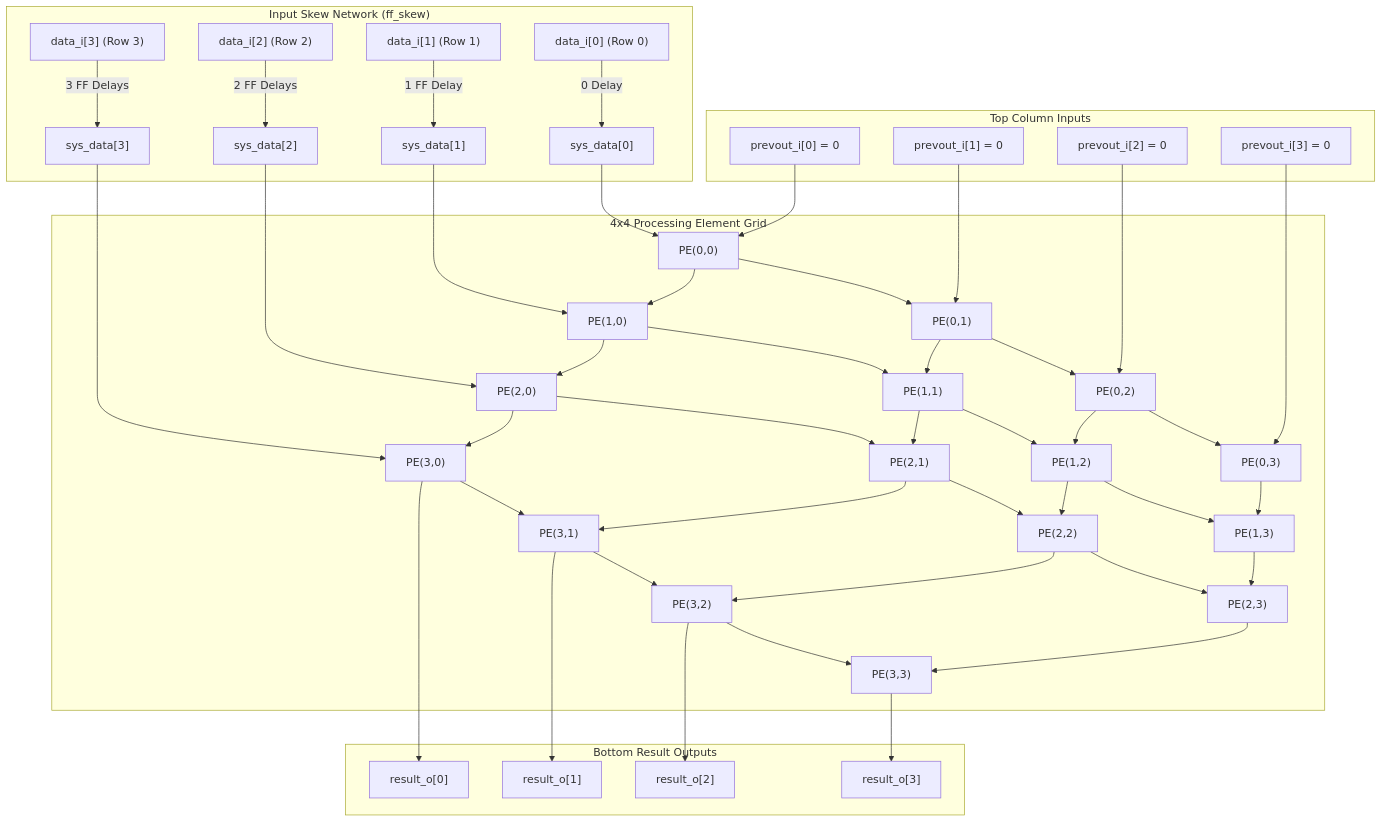
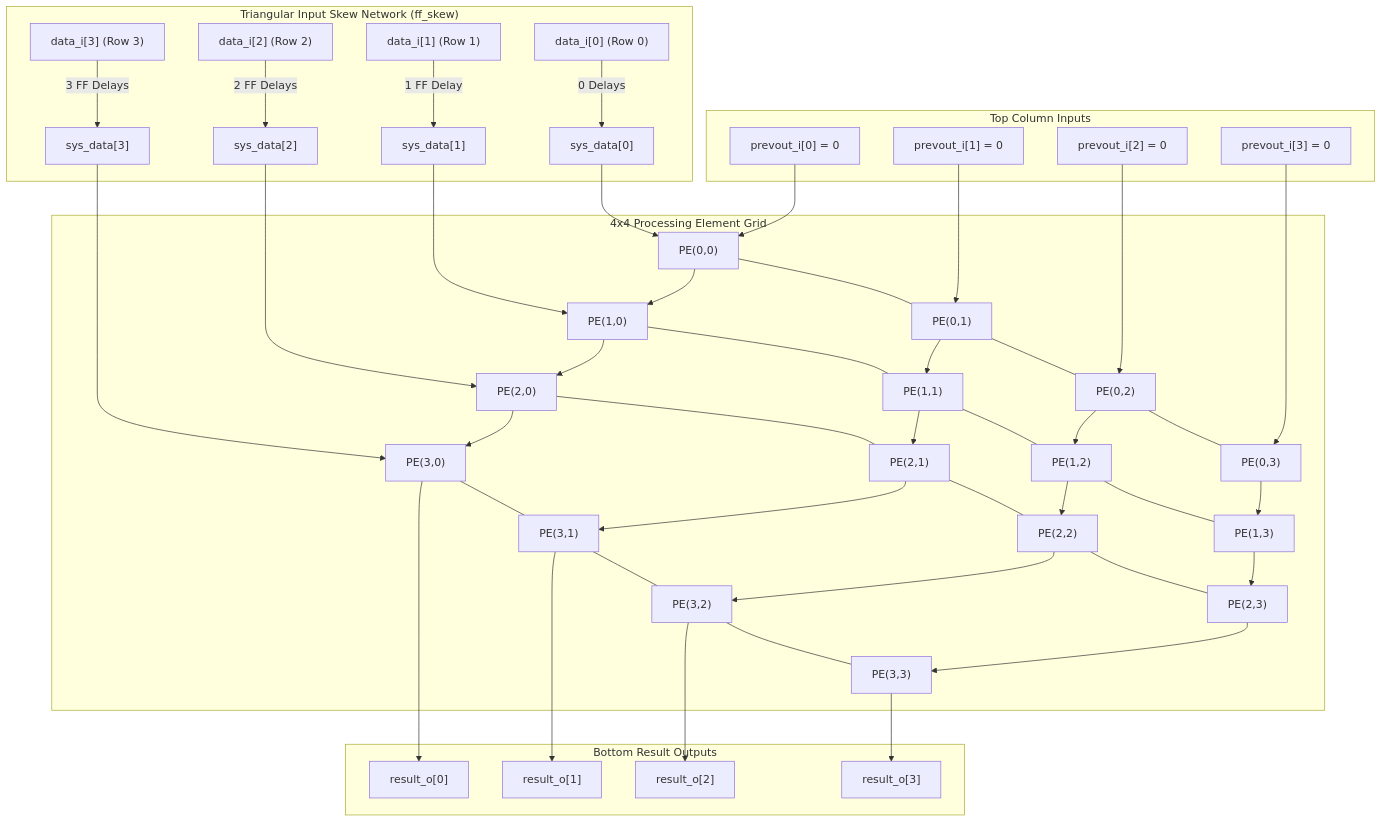
The fourth of 5 diagrams in README.md (Lucaf03/SystolicArray2D), drawn with Mermaid before and after one commit. The commit also changed other lines of this file and 9 other files, not shown here.

````diff
--- a/README.md
+++ b/README.md
@@ -133,69 +182,40 @@
 ```mermaid
 flowchart TD
-    subgraph Skew_Network ["Input Skew Network (ff_skew)"]
-        IN0["data_i[0] (Row 0)"] -->|"0 Delay"| S0["sys_data[0]"]
+    subgraph Skew_Network ["Triangular Input Skew Network (ff_skew)"]
+        IN0["data_i[0] (Row 0)"] -->|"0 Delays"| S0["sys_data[0]"]
         IN1["data_i[1] (Row 1)"] -->|"1 FF Delay"| S1["sys_data[1]"]
         IN2["data_i[2] (Row 2)"] -->|"2 FF Delays"| S2["sys_data[2]"]
         IN3["data_i[3] (Row 3)"] -->|"3 FF Delays"| S3["sys_data[3]"]
     end
 
     subgraph Top_Inputs ["Top Column Inputs"]
         P0["prevout_i[0] = 0"]
         P1["prevout_i[1] = 0"]
         P2["prevout_i[2] = 0"]
         P3["prevout_i[3] = 0"]
     end
 
     subgraph Grid ["4x4 Processing Element Grid"]
-        PE00["PE(0,0)"]
-        PE01["PE(0,1)"]
-        PE02["PE(0,2)"]
-        PE03["PE(0,3)"]
-
-        PE10["PE(1,0)"]
-        PE11["PE(1,1)"]
-        PE12["PE(1,2)"]
-        PE13["PE(1,3)"]
-
-        PE20["PE(2,0)"]
-        PE21["PE(2,1)"]
-        PE22["PE(2,2)"]
-        PE23["PE(2,3)"]
-
-        PE30["PE(3,0)"]
-        PE31["PE(3,1)"]
-        PE32["PE(3,2)"]
-        PE33["PE(3,3)"]
+        PE00["PE(0,0)"] --- PE01["PE(0,1)"] --- PE02["PE(0,2)"] --- PE03["PE(0,3)"]
+        PE10["PE(1,0)"] --- PE11["PE(1,1)"] --- PE12["PE(1,2)"] --- PE13["PE(1,3)"]
+        PE20["PE(2,0)"] --- PE21["PE(2,1)"] --- PE22["PE(2,2)"] --- PE23["PE(2,3)"]
+        PE30["PE(3,0)"] --- PE31["PE(3,1)"] --- PE32["PE(3,2)"] --- PE33["PE(3,3)"]
     end
 
     subgraph Bottom_Outputs ["Bottom Result Outputs"]
         R0["result_o[0]"]
         R1["result_o[1]"]
         R2["result_o[2]"]
         R3["result_o[3]"]
     end
 
-    %% Skew to Col 0
     S0 --> PE00
     S1 --> PE10
     S2 --> PE20
     S3 --> PE30
 
-    %% Horizontal connections Row 0
-    PE00 --> PE01 --> PE02 --> PE03
-    %% Horizontal connections Row 1
-    PE10 --> PE11 --> PE12 --> PE13
-    %% Horizontal connections Row 2
-    PE20 --> PE21 --> PE22 --> PE23
-    %% Horizontal connections Row 3
-    PE30 --> PE31 --> PE32 --> PE33
-
-    %% Vertical connections Col 0
     P0 --> PE00 --> PE10 --> PE20 --> PE30 --> R0
-    %% Vertical connections Col 1
     P1 --> PE01 --> PE11 --> PE21 --> PE31 --> R1
-    %% Vertical connections Col 2
     P2 --> PE02 --> PE12 --> PE22 --> PE32 --> R2
-    %% Vertical connections Col 3
     P3 --> PE03 --> PE13 --> PE23 --> PE33 --> R3
 ```
````
